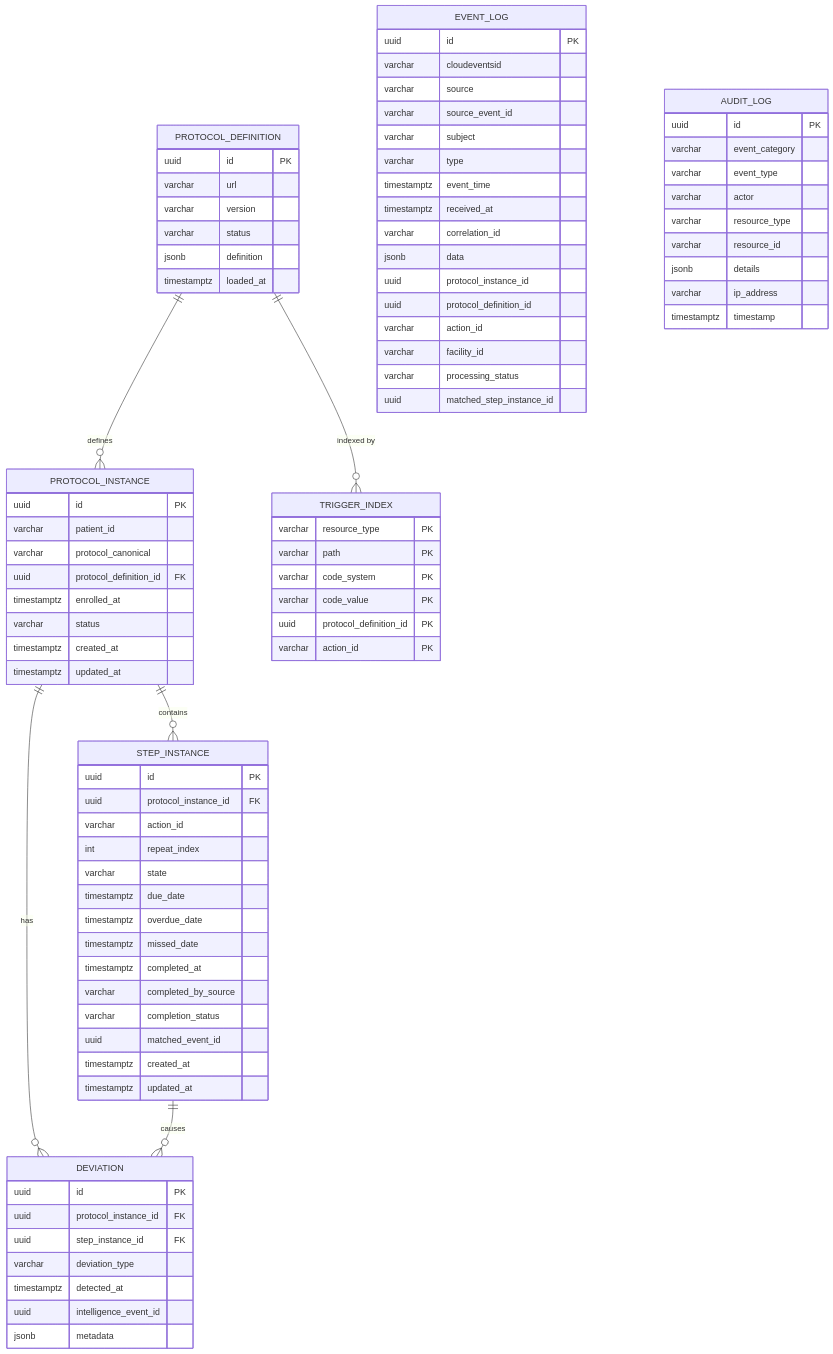
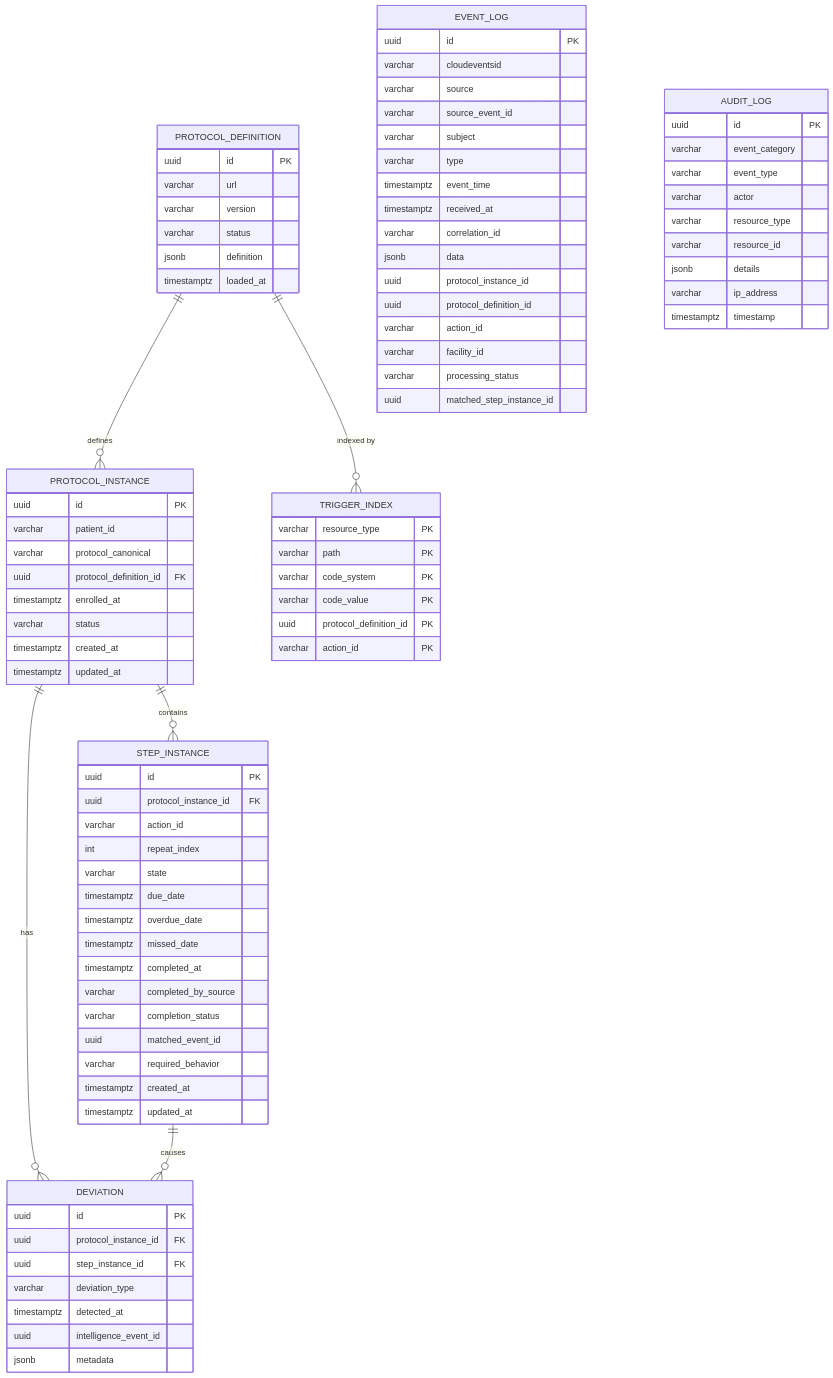
Before and after one commit to Jayaprakash8887/cce-compliance-service: the diagram in docs/data-dictionary.md, drawn with Mermaid. The commit also changed 13 other files, not shown here.

```diff
--- a/docs/data-dictionary.md
+++ b/docs/data-dictionary.md
@@ -66,6 +66,7 @@
         varchar completed_by_source
         varchar completion_status
         uuid matched_event_id
+        varchar required_behavior
         timestamptz created_at
         timestamptz updated_at
     }
```
